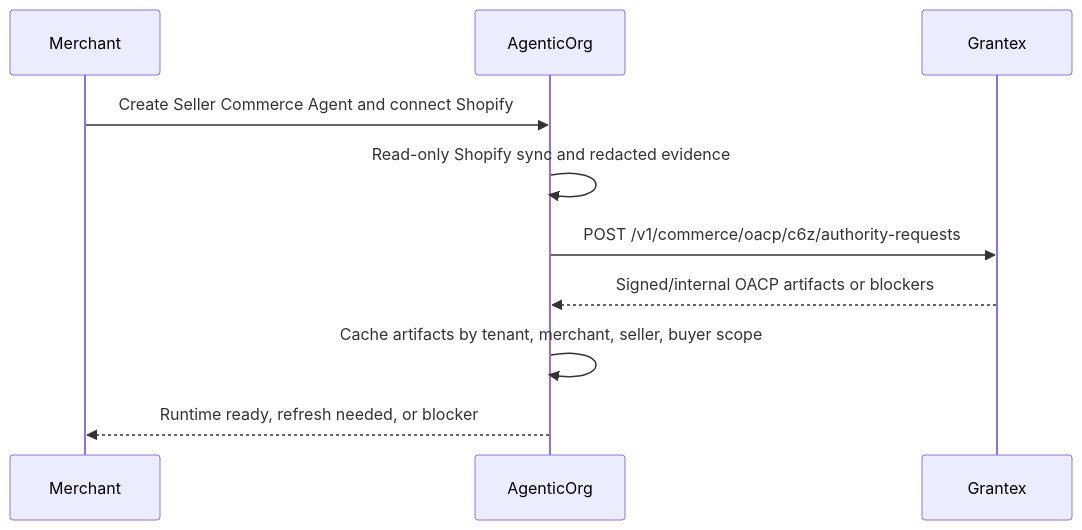
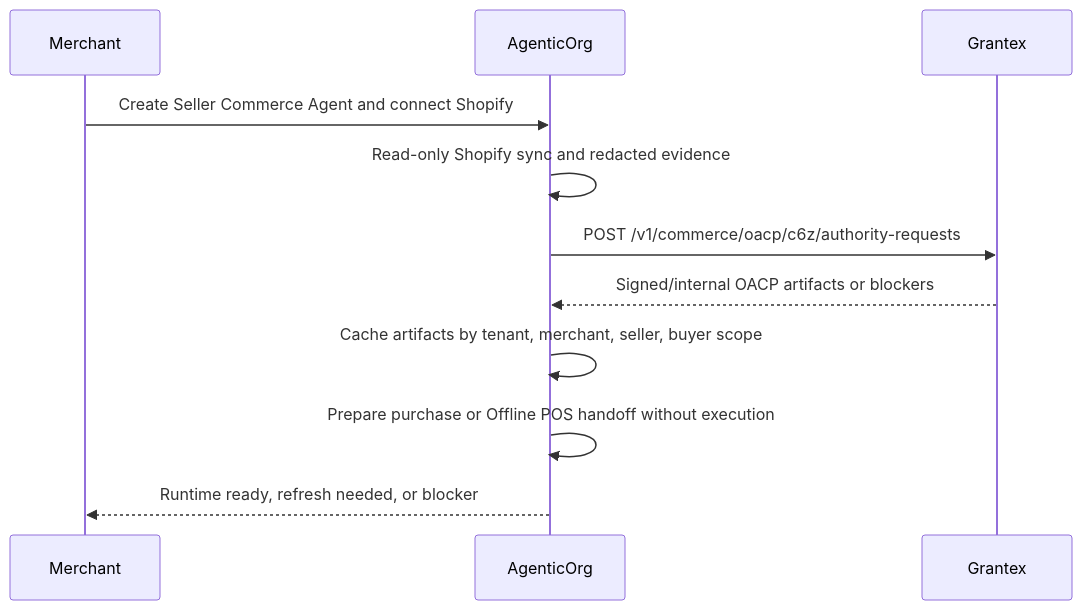
One commit to mishrasanjeev/grantex changed the diagram in docs/guides/oacp/agenticorg-integration.mdx. Above: the diagram before and after it, drawn with Mermaid. The commit also changed other lines of this file and 10 other files, not shown here.

````diff
--- a/docs/guides/oacp/agenticorg-integration.mdx
+++ b/docs/guides/oacp/agenticorg-integration.mdx
@@ -14,12 +14,13 @@
 ```mermaid
 sequenceDiagram
   participant M as Merchant
   participant A as AgenticOrg
   participant G as Grantex
   M->>A: Create Seller Commerce Agent and connect Shopify
   A->>A: Read-only Shopify sync and redacted evidence
   A->>G: POST /v1/commerce/oacp/c6z/authority-requests
   G-->>A: Signed/internal OACP artifacts or blockers
   A->>A: Cache artifacts by tenant, merchant, seller, buyer scope
+  A->>A: Prepare purchase or Offline POS handoff without execution
   A-->>M: Runtime ready, refresh needed, or blocker
 ```
````
